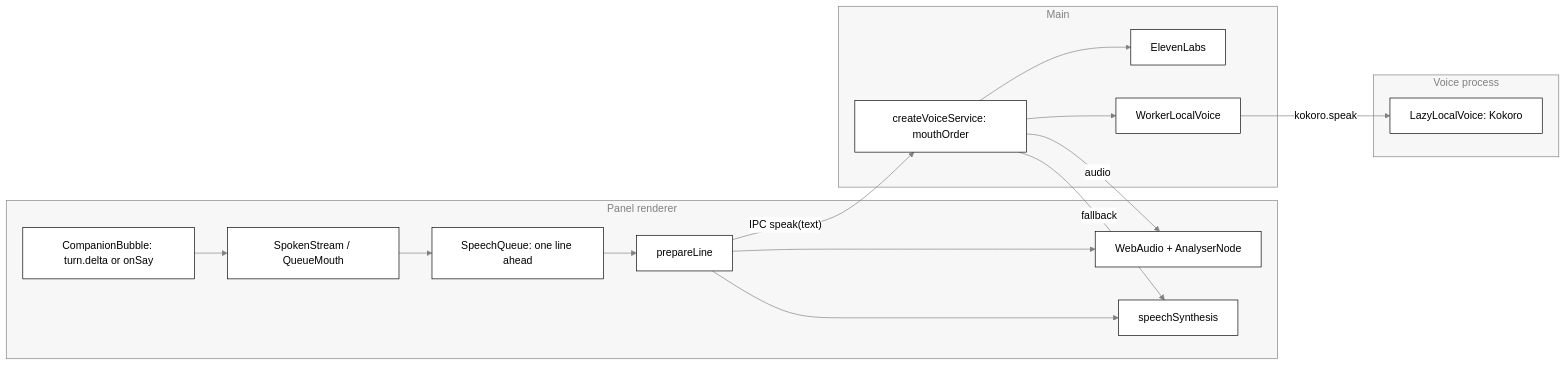
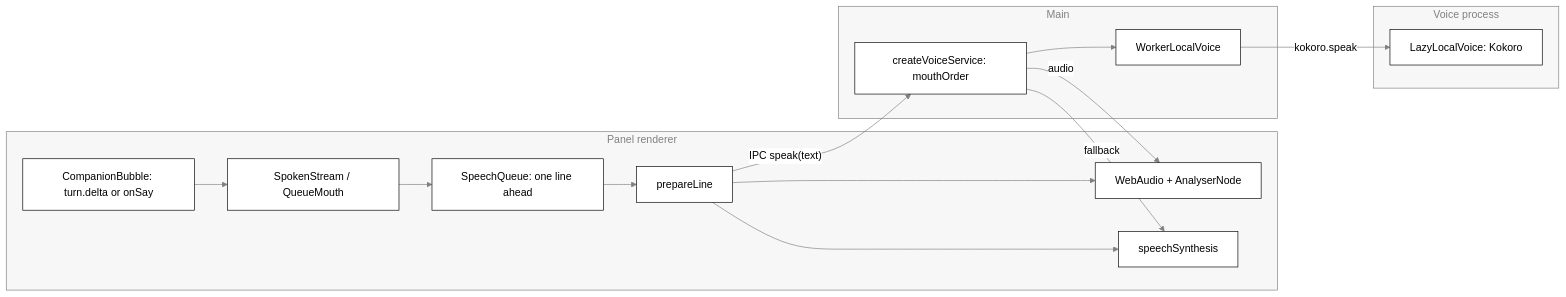
One commit to nadeem4/tagalong changed the third of 3 diagrams in docs/voice.md. Above: the diagram before and after it, drawn with Mermaid. The commit also changed other lines of this file and 49 other files, not shown here.

````diff
--- a/docs/voice.md
+++ b/docs/voice.md
@@ -562,22 +562,21 @@
 ```mermaid
 %%{init: {"theme": "base", "themeVariables": {"primaryColor": "#ffffff", "primaryTextColor": "#000000", "primaryBorderColor": "#000000", "lineColor": "#808080", "secondaryColor": "#f2f2f2", "tertiaryColor": "#ffffff", "clusterBkg": "#f7f7f7", "clusterBorder": "#808080", "edgeLabelBackground": "#ffffff", "titleColor": "#808080", "fontFamily": "Segoe UI, Helvetica, Arial, sans-serif"}}}%%
 flowchart LR
   subgraph Panel["Panel renderer"]
     CB["CompanionBubble: turn.delta or onSay"] --> SS["SpokenStream / QueueMouth"]
     SS --> Q["SpeechQueue: one line ahead"]
     Q --> PL["prepareLine"]
     PL --> WA["WebAudio + AnalyserNode"]
     PL --> SY["speechSynthesis"]
   end
   subgraph Main["Main"]
-    VS["createVoiceService: mouthOrder"] --> EL["ElevenLabs"]
-    VS --> WL["WorkerLocalVoice"]
+    VS["createVoiceService: mouthOrder"] --> WL["WorkerLocalVoice"]
   end
   subgraph VP["Voice process"]
     KO["LazyLocalVoice: Kokoro"]
   end
   PL -->|"IPC speak(text)"| VS
   WL -->|"kokoro.speak"| KO
   VS -->|"audio"| WA
   VS -->|"fallback"| SY
 ```
````
